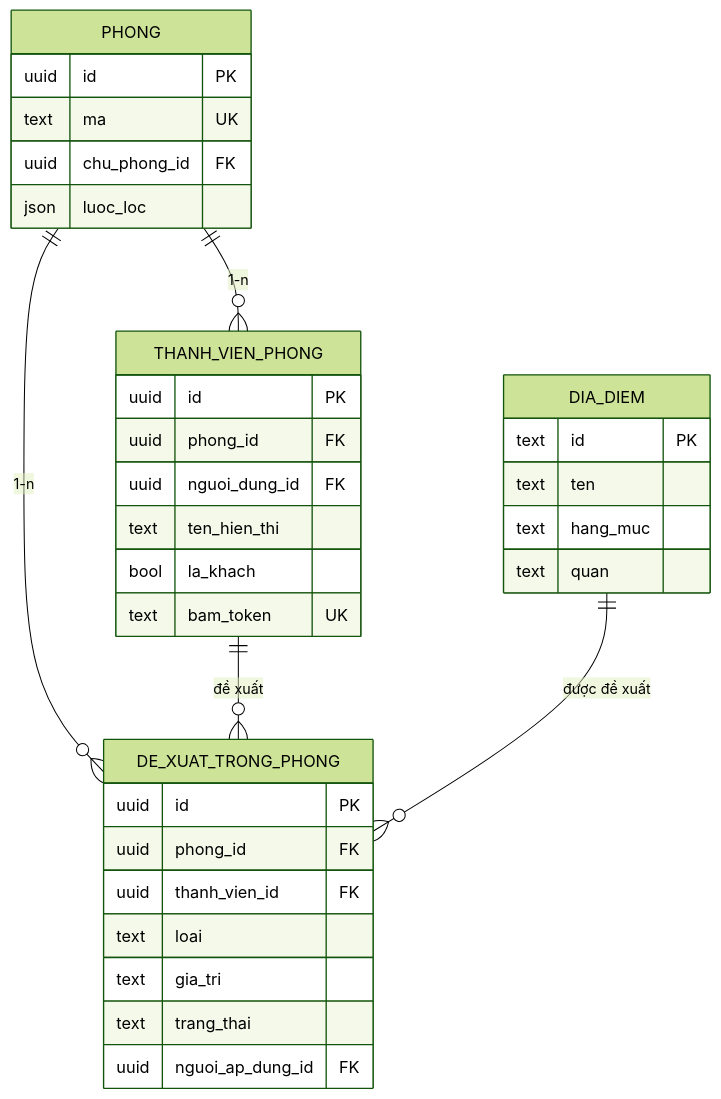
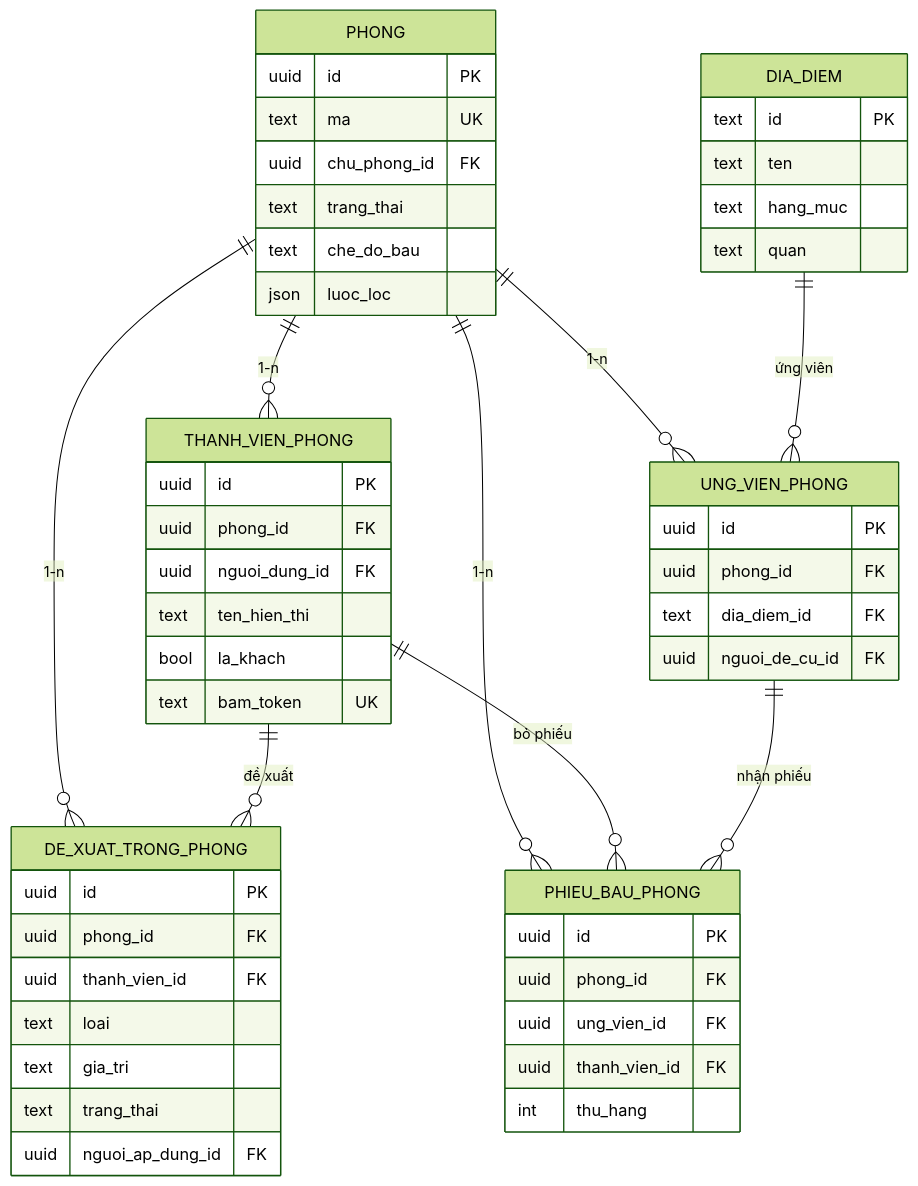
Diagram 14 of 21 in docs/bao-cao/BAO-CAO-DO-AN.md (longqt321/Rendez-PBL6), drawn with Mermaid (forest theme) before and after one commit. The commit also changed other lines of this file and 3 other files, not shown here.

````diff
--- a/docs/bao-cao/BAO-CAO-DO-AN.md
+++ b/docs/bao-cao/BAO-CAO-DO-AN.md
@@ -1166,36 +1251,55 @@
 ```mermaid
 erDiagram
     PHONG ||--o{ THANH_VIEN_PHONG : "1-n"
     PHONG ||--o{ DE_XUAT_TRONG_PHONG : "1-n"
+    PHONG ||--o{ UNG_VIEN_PHONG : "1-n"
+    PHONG ||--o{ PHIEU_BAU_PHONG : "1-n"
     THANH_VIEN_PHONG ||--o{ DE_XUAT_TRONG_PHONG : "đề xuất"
-    DIA_DIEM ||--o{ DE_XUAT_TRONG_PHONG : "được đề xuất"
+    THANH_VIEN_PHONG ||--o{ PHIEU_BAU_PHONG : "bỏ phiếu"
+    DIA_DIEM ||--o{ UNG_VIEN_PHONG : "ứng viên"
+    UNG_VIEN_PHONG ||--o{ PHIEU_BAU_PHONG : "nhận phiếu"
     PHONG {
         uuid id PK
         text ma UK
         uuid chu_phong_id FK
+        text trang_thai
+        text che_do_bau
         json luoc_loc
     }
     THANH_VIEN_PHONG {
         uuid id PK
         uuid phong_id FK
         uuid nguoi_dung_id FK
         text ten_hien_thi
         bool la_khach
         text bam_token UK
     }
     DE_XUAT_TRONG_PHONG {
         uuid id PK
         uuid phong_id FK
         uuid thanh_vien_id FK
         text loai
         text gia_tri
         text trang_thai
         uuid nguoi_ap_dung_id FK
     }
+    UNG_VIEN_PHONG {
+        uuid id PK
+        uuid phong_id FK
+        text dia_diem_id FK
+        uuid nguoi_de_cu_id FK
+    }
+    PHIEU_BAU_PHONG {
+        uuid id PK
+        uuid phong_id FK
+        uuid ung_vien_id FK
+        uuid thanh_vien_id FK
+        int thu_hang
+    }
     DIA_DIEM {
         text id PK
         text ten
         text hang_muc
         text quan
     }
 ```
````
